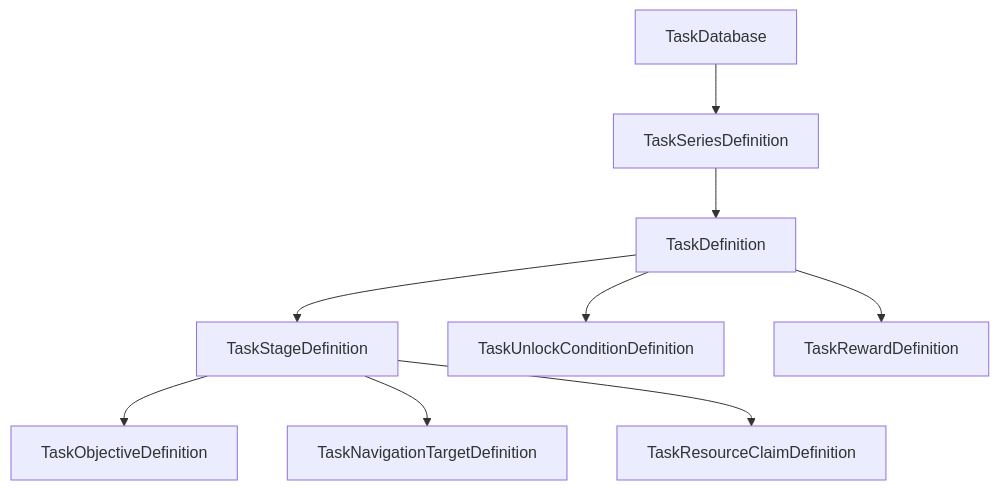
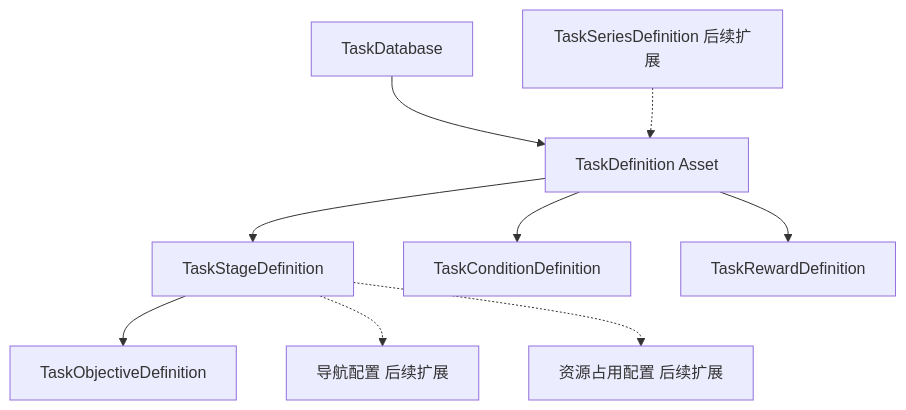
Before and after one commit to Whitesheeeep/3DRPG: the first of 5 diagrams in Assets/Scripts/TaskSystem/TaskSystem_Requirements.md, drawn with Mermaid. The commit also changed other lines of this file and 66 other files, not shown here.

````diff
--- a/Assets/Scripts/TaskSystem/TaskSystem_Requirements.md
+++ b/Assets/Scripts/TaskSystem/TaskSystem_Requirements.md
@@ -65,11 +66,11 @@
 ```mermaid
 flowchart TD
-    Database[TaskDatabase] --> Series[TaskSeriesDefinition]
-    Series --> Task[TaskDefinition]
+    Database[TaskDatabase] --> Task[TaskDefinition Asset]
     Task --> Stage[TaskStageDefinition]
     Stage --> Objective[TaskObjectiveDefinition]
-    Stage --> Navigation[TaskNavigationTargetDefinition]
-    Stage --> Resource[TaskResourceClaimDefinition]
-    Task --> Unlock[TaskUnlockConditionDefinition]
+    Task --> Unlock[TaskConditionDefinition]
     Task --> Reward[TaskRewardDefinition]
+    Series[TaskSeriesDefinition 后续扩展] -.-> Task
+    Stage -.-> Navigation[导航配置 后续扩展]
+    Stage -.-> Resource[资源占用配置 后续扩展]
 ```
````
